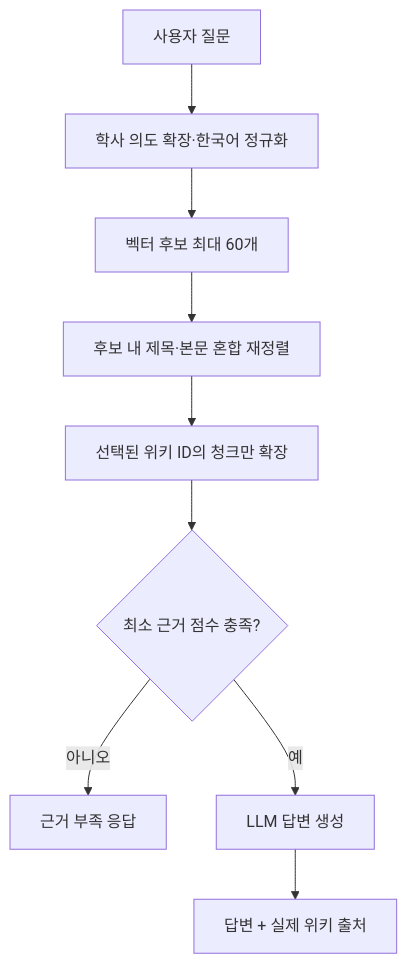
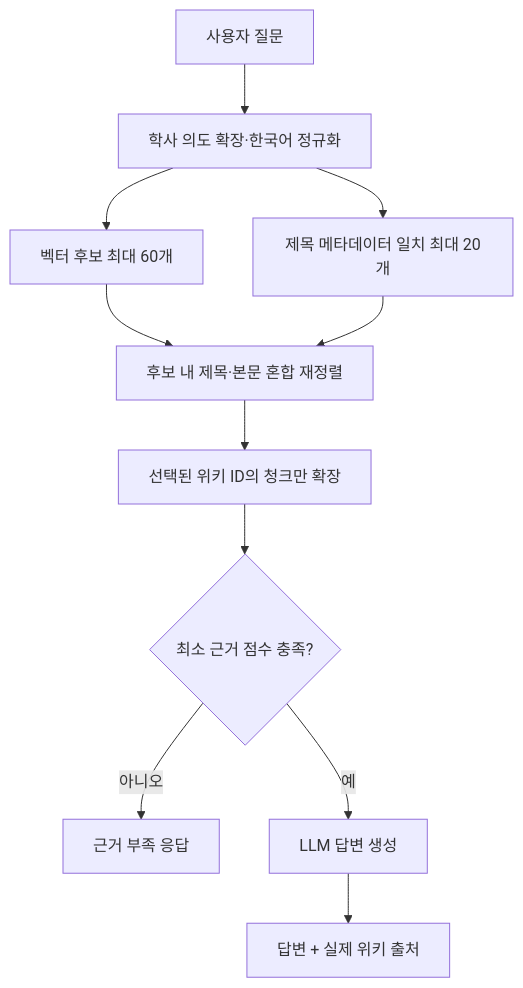
The third of 3 diagrams in docs/architecture.md (woosukkk/UniWiki-AI), drawn with Mermaid before and after one commit. The commit also changed other lines of this file and 6 other files, not shown here.

````diff
--- a/docs/architecture.md
+++ b/docs/architecture.md
@@ -74,11 +74,13 @@
 ```mermaid
 flowchart TD
     Q[사용자 질문] --> E[학사 의도 확장·한국어 정규화]
     E --> VS[벡터 후보 최대 60개]
+    E --> TM[제목 메타데이터 일치 최대 20개]
     VS --> H[후보 내 제목·본문 혼합 재정렬]
+    TM --> H
     H --> K[선택된 위키 ID의 청크만 확장]
     K --> G{최소 근거 점수 충족?}
     G -- 아니오 --> N[근거 부족 응답]
     G -- 예 --> L[LLM 답변 생성]
     L --> R[답변 + 실제 위키 출처]
 ```
````
